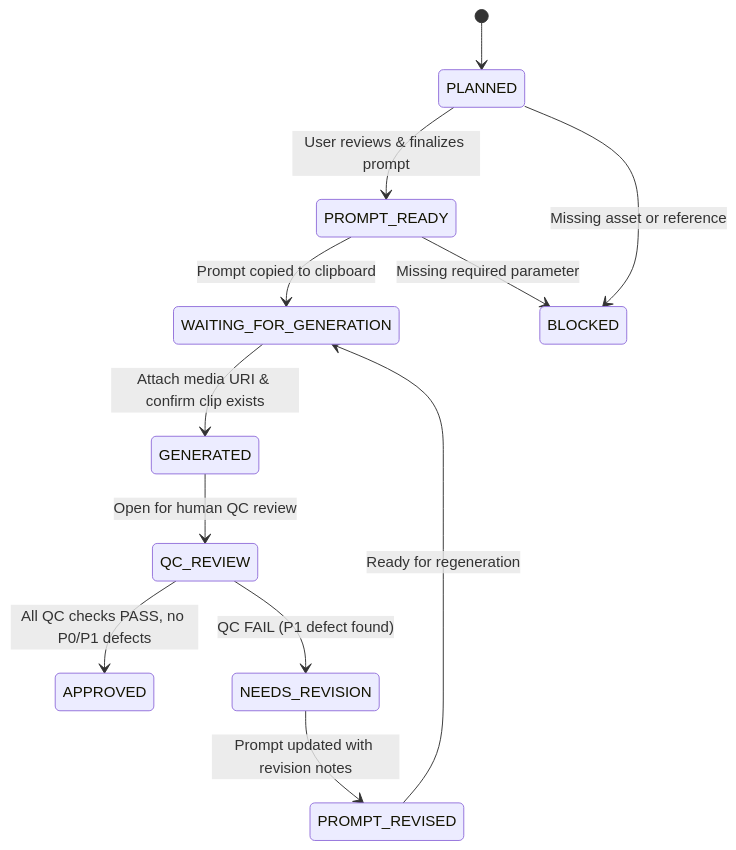
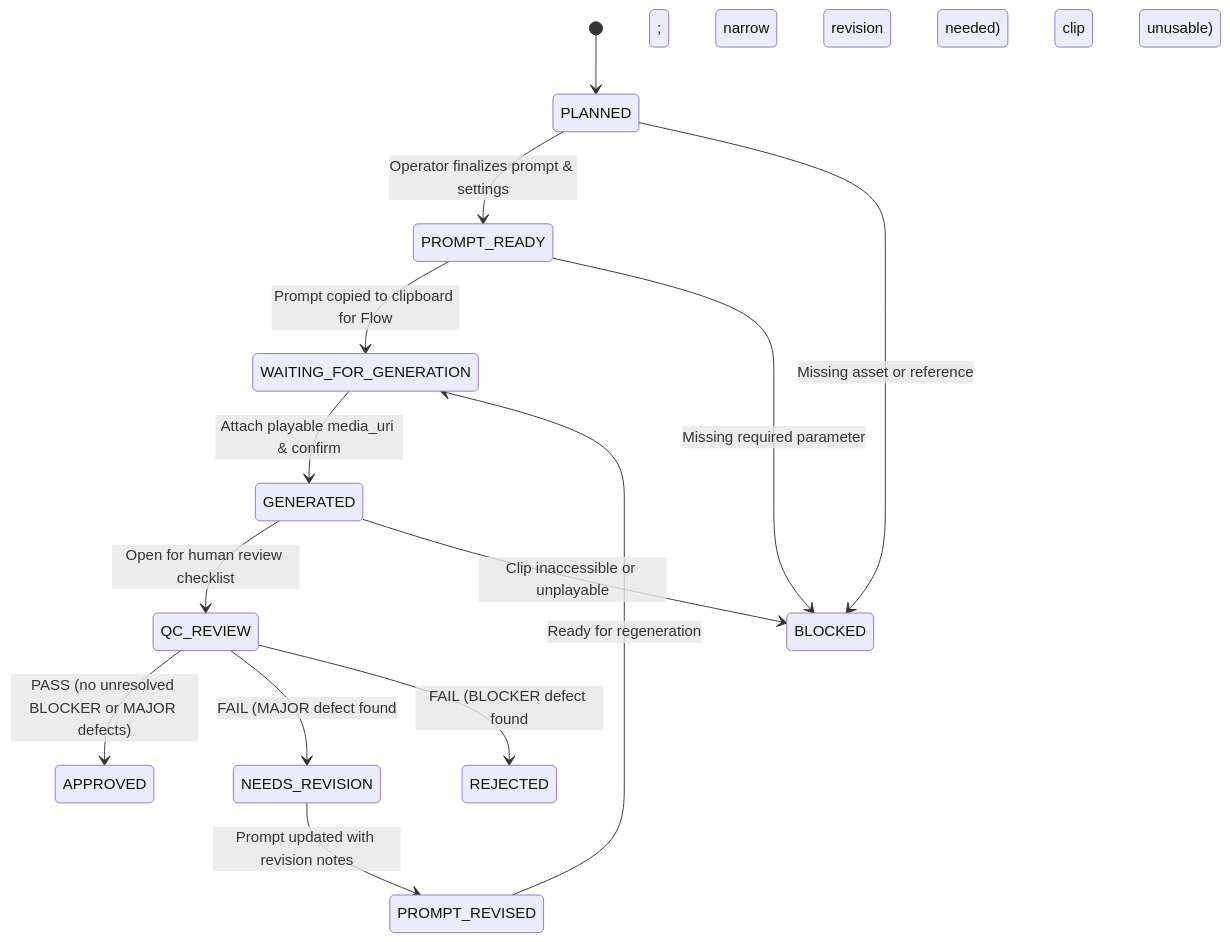
Before and after one commit to gonegirl07/GoGlow: the diagram in docs/ui-ux-spec.md, drawn with Mermaid. The commit also changed other lines of this file, not shown here.

Commit message:
docs: reconcile UI/UX spec with ChatGPT Tech Lead review

````diff
--- a/docs/ui-ux-spec.md
+++ b/docs/ui-ux-spec.md
@@ -198,14 +206,16 @@
 ```mermaid
 stateDiagram-v2
     [*] --> PLANNED
-    PLANNED --> PROMPT_READY : User reviews & finalizes prompt
-    PROMPT_READY --> WAITING_FOR_GENERATION : Prompt copied to clipboard
-    WAITING_FOR_GENERATION --> GENERATED : Attach media URI & confirm clip exists
-    GENERATED --> QC_REVIEW : Open for human QC review
-    QC_REVIEW --> APPROVED : All QC checks PASS, no P0/P1 defects
-    QC_REVIEW --> NEEDS_REVISION : QC FAIL (P1 defect found)
+    PLANNED --> PROMPT_READY : Operator finalizes prompt & settings
+    PROMPT_READY --> WAITING_FOR_GENERATION : Prompt copied to clipboard for Flow
+    WAITING_FOR_GENERATION --> GENERATED : Attach playable media_uri & confirm
+    GENERATED --> QC_REVIEW : Open for human review checklist
+    QC_REVIEW --> APPROVED : PASS (no unresolved BLOCKER or MAJOR defects)
+    QC_REVIEW --> NEEDS_REVISION : FAIL (MAJOR defect found; narrow revision needed)
+    QC_REVIEW --> REJECTED : FAIL (BLOCKER defect found; clip unusable)
     NEEDS_REVISION --> PROMPT_REVISED : Prompt updated with revision notes
     PROMPT_REVISED --> WAITING_FOR_GENERATION : Ready for regeneration
     PLANNED --> BLOCKED : Missing asset or reference
     PROMPT_READY --> BLOCKED : Missing required parameter
+    GENERATED --> BLOCKED : Clip inaccessible or unplayable
 ```
````
